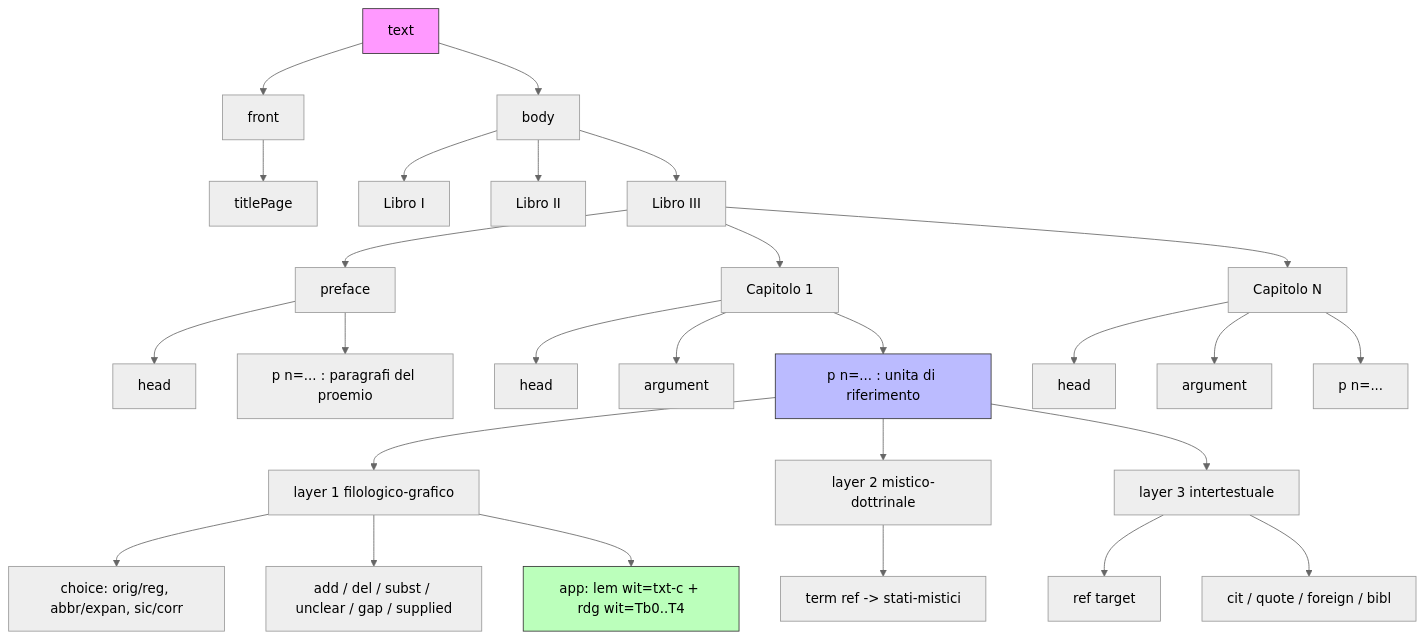
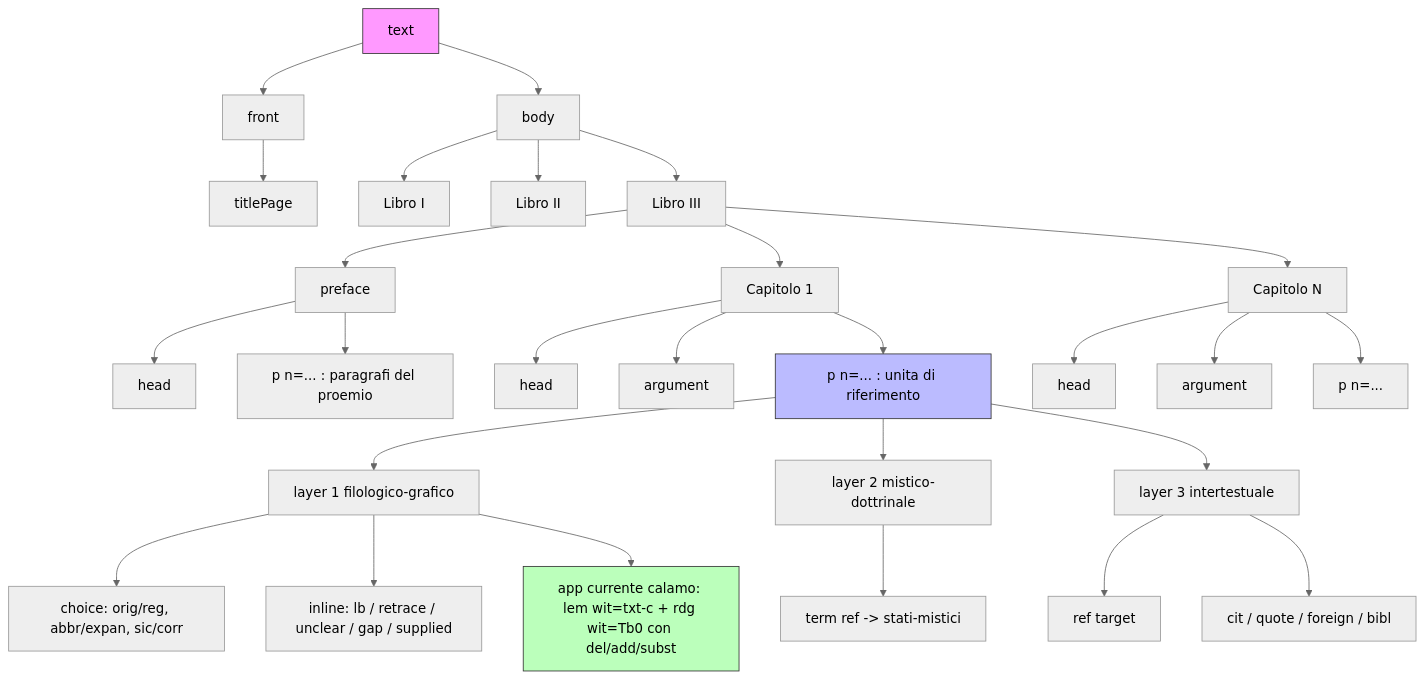
One commit to luciano-longo77/castello-dell-anima-edizione changed the diagram in tei-model/text/model-text-diagramma.md. Above: the diagram before and after it, drawn with Mermaid (neutral theme).

Commit message:
Update links in model-text-diagramma.md

````diff
--- a/tei-model/text/model-text-diagramma.md
+++ b/tei-model/text/model-text-diagramma.md
@@ -1,43 +1,43 @@
 ```mermaid
 graph TD
   text[text] --> front[front]
   text --> body[body]
 
   front --> titlePage[titlePage]
   %% listWit / listPerson / listBibl NON stanno nel front: sono dichiarati nel teiHeader
 
   body --> libro1[Libro I]
   body --> libro2[Libro II]
   body --> libro3[Libro III]
 
   libro3 --> preface[preface]
   libro3 --> cap1[Capitolo 1]
   libro3 --> capN[Capitolo N]
 
   preface --> headPref[head]
   preface --> pPref[p n=... : paragrafi del proemio]
 
   cap1 --> head1[head]
   cap1 --> argument1[argument]
   cap1 --> paragraphs1[p n=... : unita di riferimento]
 
   capN --> headN[head]
   capN --> argumentN[argument]
   capN --> paragraphsN[p n=...]
 
   %% Dentro <p>: i tre layer, nessun seg/@ana interpretativo
   paragraphs1 --> L1[layer 1 filologico-grafico]
   paragraphs1 --> L2[layer 2 mistico-dottrinale]
   paragraphs1 --> L3[layer 3 intertestuale]
 
   L1 --> choice[choice: orig/reg, abbr/expan, sic/corr]
-  L1 --> genetic[add / del / subst / unclear / gap / supplied]
-  L1 --> app[app: lem wit=txt-c + rdg wit=Tb0..T4]
+  L1 --> material[inline: lb / retrace / unclear / gap / supplied]
+  L1 --> app[app currente calamo: lem wit=txt-c + rdg wit=Tb0 con del/add/subst]
   L2 --> term[term ref -> stati-mistici]
   L3 --> ref[ref target]
   L3 --> cit[cit / quote / foreign / bibl]
 
   style text fill:#f9f,stroke:#333
   style paragraphs1 fill:#bbf,stroke:#333
   style app fill:#bfb,stroke:#333
 ```
````
